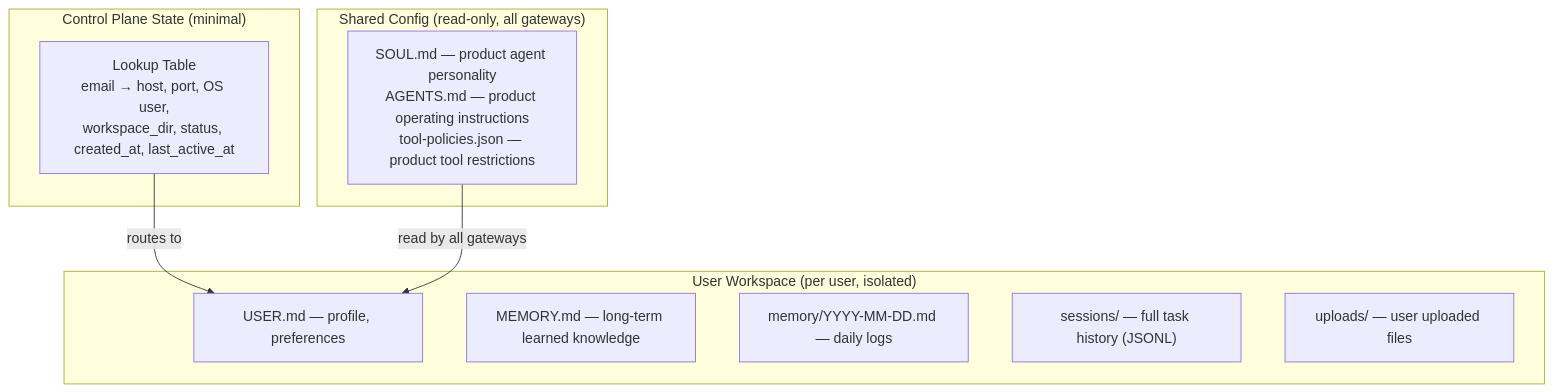
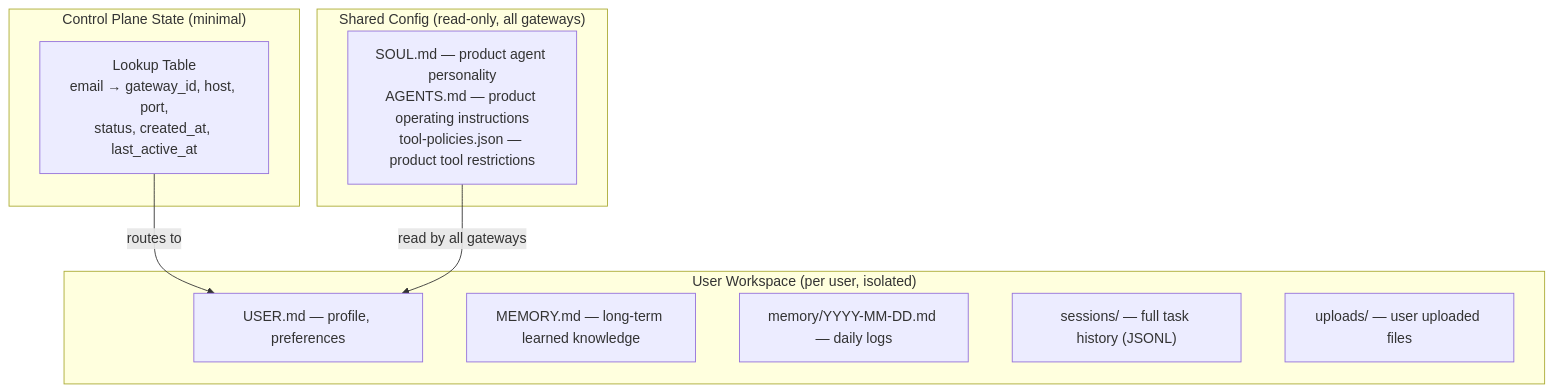
Before and after one commit to 1qh/claw: the fifth of 5 diagrams in brainstorm/architecture.md, drawn with Mermaid. The commit also changed other lines of this file and 12 other files, not shown here.

Commit message:
Major architecture revision: multi-agent per gateway, fully stateless via TigerFS, 500-1000 gateways for 10K users

````diff
--- a/brainstorm/architecture.md
+++ b/brainstorm/architecture.md
@@ -178,21 +174,21 @@
 ```mermaid
 graph TB
     subgraph "Control Plane State (minimal)"
-        DB["Lookup Table<br/>email → host, port, OS user,<br/>workspace_dir, status, created_at, last_active_at"]
+        DB["Lookup Table<br/>email → gateway_id, host, port,<br/>status, created_at, last_active_at"]
     end
 
     subgraph "Shared Config (read-only, all gateways)"
         SC["SOUL.md — product agent personality<br/>AGENTS.md — product operating instructions<br/>tool-policies.json — product tool restrictions"]
     end
 
     subgraph "User Workspace (per user, isolated)"
         UM["USER.md — profile, preferences"]
         MM["MEMORY.md — long-term learned knowledge"]
         DM["memory/YYYY-MM-DD.md — daily logs"]
         SS["sessions/ — full task history (JSONL)"]
         UF["uploads/ — user uploaded files"]
     end
 
     DB -->|"routes to"| UM
     SC -->|"read by all gateways"| UM
 ```
````
